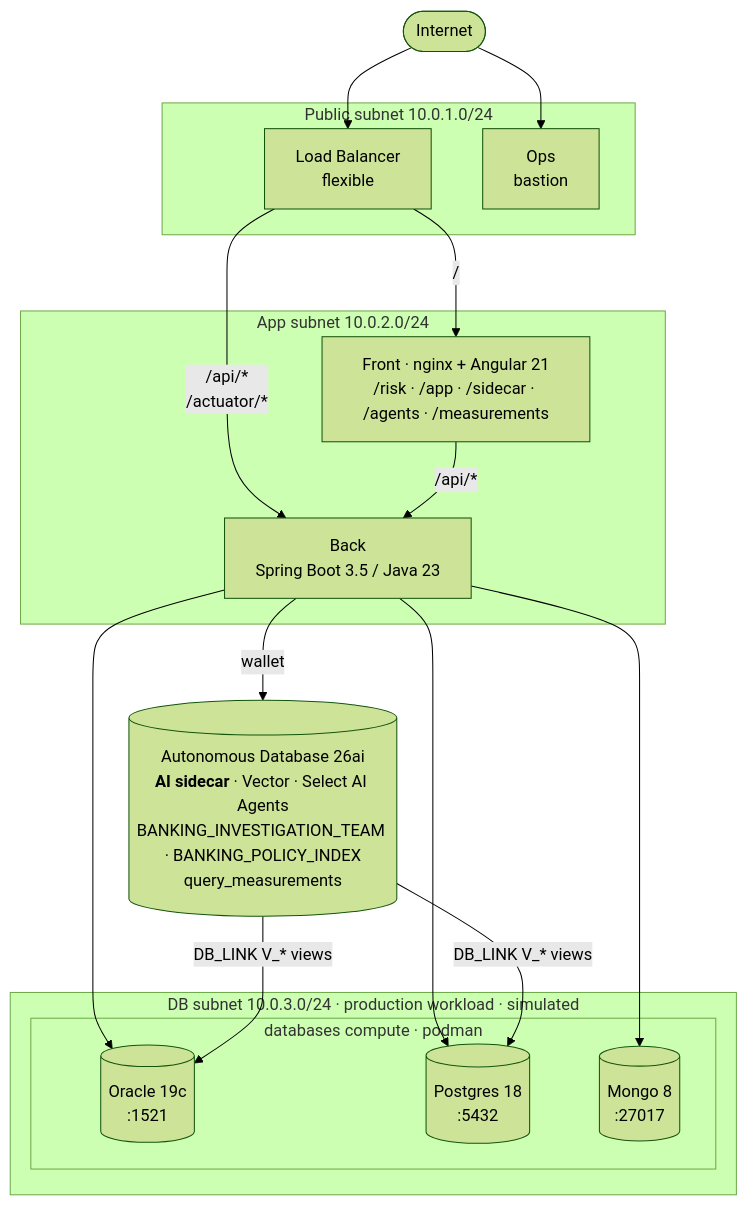
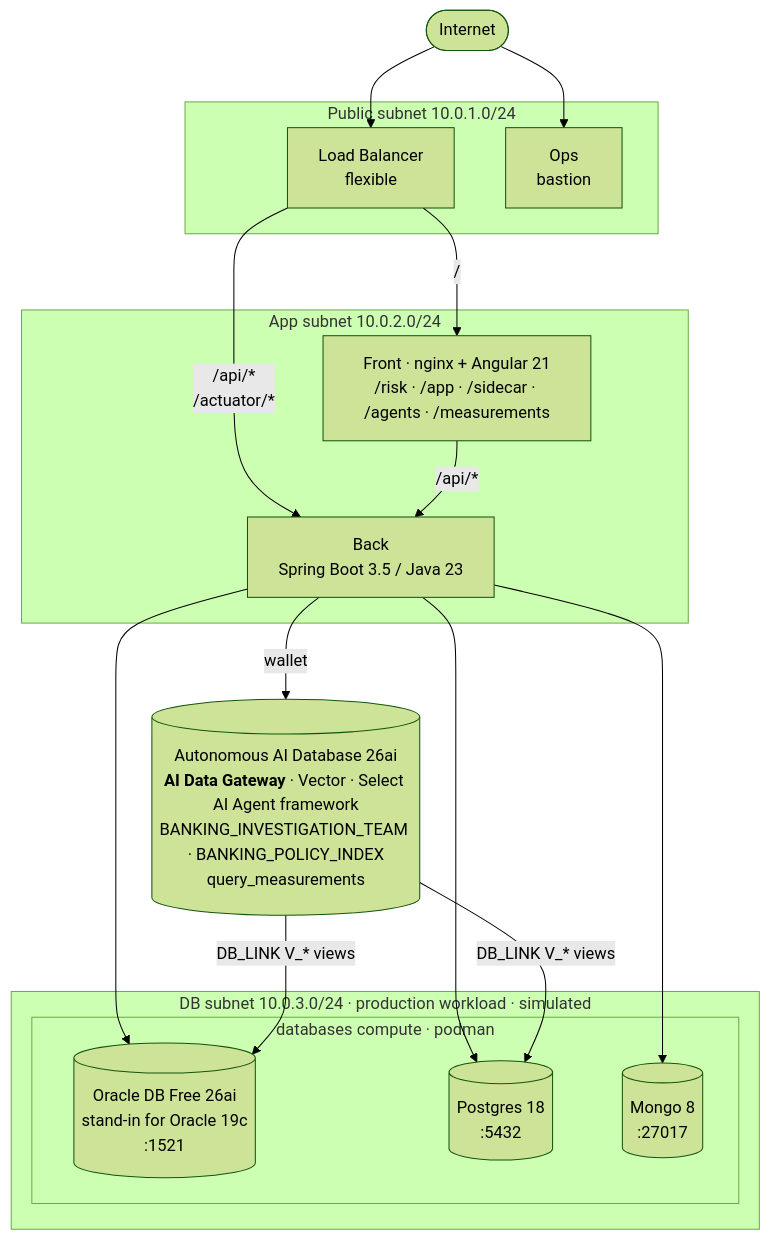
One commit to vmleon/oracle-adb-sidecar-architecture changed the fourth of 4 diagrams in README.md. Above: the diagram before and after it, drawn with Mermaid (forest theme). The commit also changed other lines of this file and 14 other files, not shown here.

Commit message:
refactor(naming): adopt Live AI Hub / AI Data Gateway terminology

````diff
--- a/README.md
+++ b/README.md
@@ -197,36 +200,36 @@
 ```mermaid
 flowchart TB
     internet([Internet])
 
     subgraph public [Public subnet 10.0.1.0/24]
         lb[Load Balancer<br/>flexible]
         ops[Ops<br/>bastion]
     end
 
     subgraph appnet [App subnet 10.0.2.0/24]
         front["Front · nginx + Angular 21<br/>/risk · /app · /sidecar · /agents · /measurements"]
         back[Back<br/>Spring Boot 3.5 / Java 23]
     end
 
     subgraph dbnet [DB subnet 10.0.3.0/24 · production workload · simulated]
         subgraph databases [databases compute · podman]
-            oracle[(Oracle 19c<br/>:1521)]
+            oracle[(Oracle DB Free 26ai<br/>stand-in for Oracle 19c<br/>:1521)]
             postgres[(Postgres 18<br/>:5432)]
             mongo[(Mongo 8<br/>:27017)]
         end
     end
 
-    adb[(Autonomous Database 26ai<br/><b>AI sidecar</b> · Vector · Select AI Agents<br/>BANKING_INVESTIGATION_TEAM · BANKING_POLICY_INDEX<br/>query_measurements)]
+    adb[(Autonomous AI Database 26ai<br/><b>AI Data Gateway</b> · Vector · Select AI Agent framework<br/>BANKING_INVESTIGATION_TEAM · BANKING_POLICY_INDEX<br/>query_measurements)]
 
     internet --> lb
     internet --> ops
     lb -->|/| front
     lb -->|/api/*<br/>/actuator/*| back
     front -->|/api/*| back
     back -->|wallet| adb
     back --> oracle
     back --> postgres
     back --> mongo
     adb -->|DB_LINK V_* views| oracle
     adb -->|DB_LINK V_* views| postgres
 ```
````
